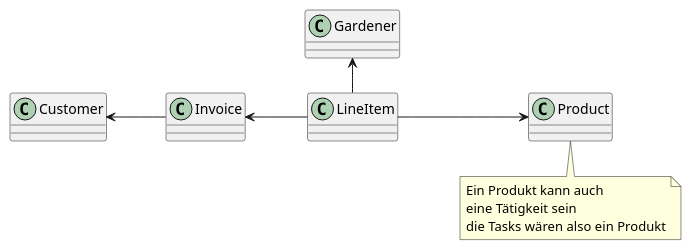
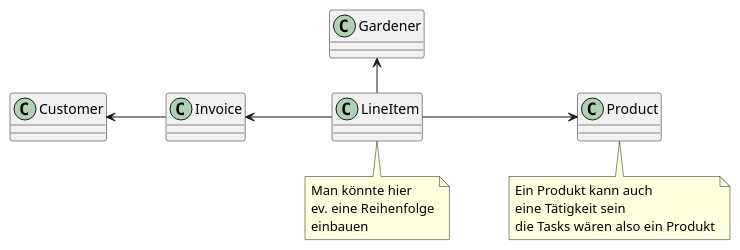
The diagram in asciidocs/plantuml/simple-cld.puml (2223-4bhitm-sew/01-microproject-Abdulrahman-AL-Sabagh), drawn with PlantUML before and after one commit.

Commit message:
add note

```diff
--- a/asciidocs/plantuml/simple-cld.puml
+++ b/asciidocs/plantuml/simple-cld.puml
@@ -1,18 +1,19 @@
 @startuml
 
 left to right direction
 
 class Customer
 class Invoice
 class LineItem
+note bottom: Man könnte hier\nev. eine Reihenfolge\neinbauen
 class Product
 note bottom: Ein Produkt kann auch \neine Tätigkeit sein\ndie Tasks wären also ein Produkt
 class Gardener
 
 
 Customer <-- Invoice
 Invoice <-- LineItem
 LineItem --> Product
 LineItem -left-> Gardener
 
 @enduml
```
